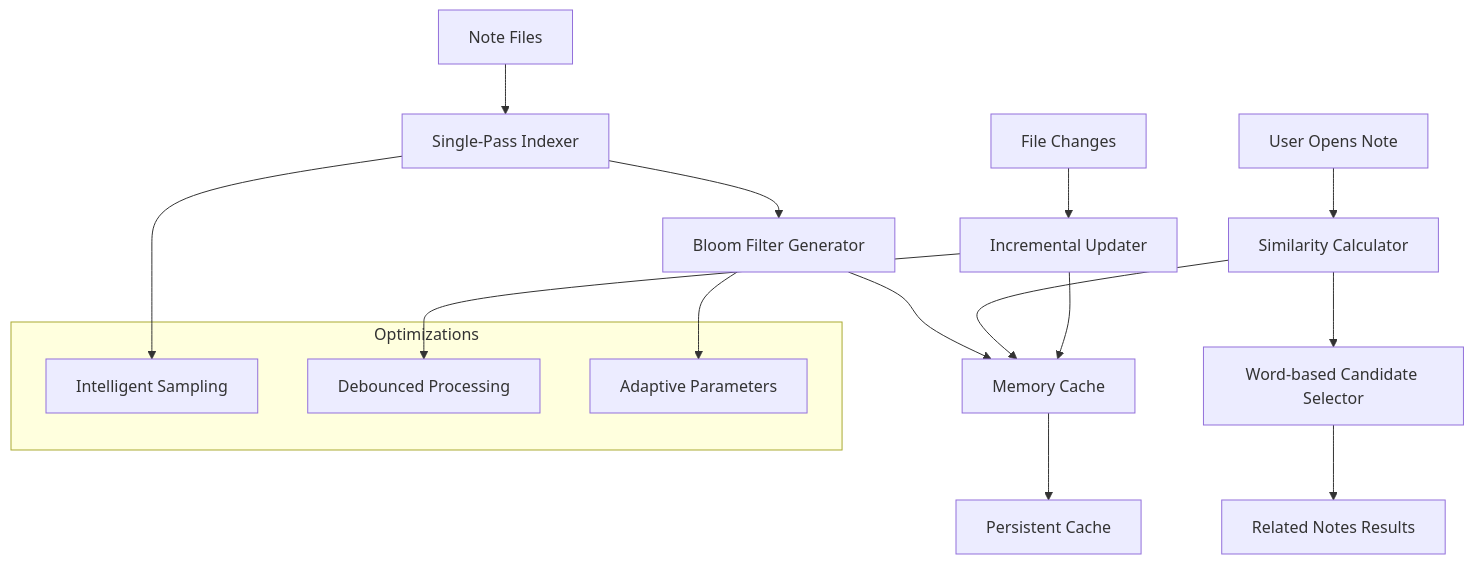
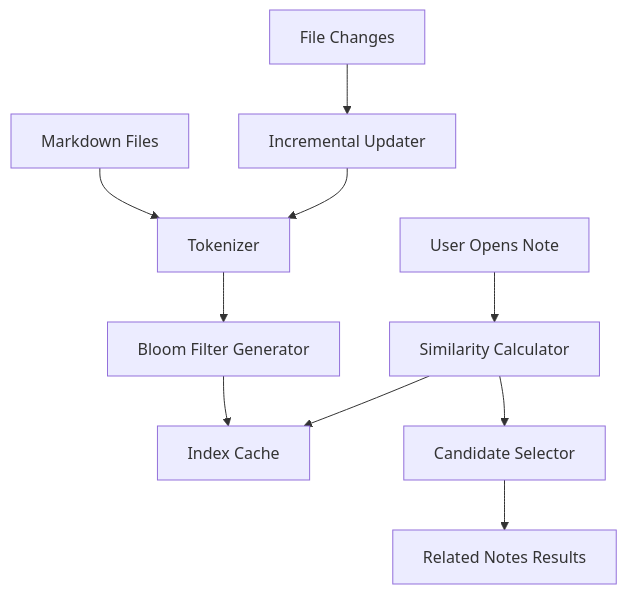
The diagram in README.md (mrboxtobox/obsidian-related-notes), drawn with Mermaid before and after one commit. The commit also changed other lines of this file and 10 other files, not shown here.

First line of the commit message:
Fix architecture diagrams for accuracy and clarity

````diff
--- a/README.md
+++ b/README.md
@@ -239,25 +239,14 @@
 ```mermaid
 graph TD
-    A[Note Files] --> B[Single-Pass Indexer]
+    A[Markdown Files] --> B[Tokenizer]
     B --> C[Bloom Filter Generator]
-    C --> D[Memory Cache]
-    D --> E[Persistent Cache]
+    C --> D[Index Cache]
     
-    F[User Opens Note] --> G[Similarity Calculator]
-    G --> D
-    G --> H[Word-based Candidate Selector]
-    H --> I[Related Notes Results]
+    E[User Opens Note] --> F[Similarity Calculator]
+    F --> D
+    F --> G[Candidate Selector]
+    G --> H[Related Notes Results]
     
-    J[File Changes] --> K[Incremental Updater]
-    K --> D
-    
-    subgraph "Optimizations"
-        L[Intelligent Sampling]
-        M[Debounced Processing]
-        N[Adaptive Parameters]
-    end
-    
-    B --> L
-    K --> M
-    C --> N
+    I[File Changes] --> J[Incremental Updater]
+    J --> B
 ```
````
